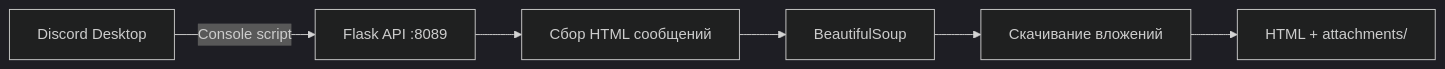
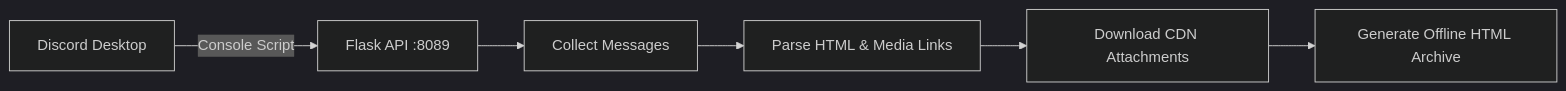
One commit to milkycloud-dev/discord-messages-exporter changed the diagram in README.md. Above: the diagram before and after it, drawn with Mermaid (dark theme). The commit also changed other lines of this file and 1 other file, not shown here.

````diff
--- a/README.md
+++ b/README.md
@@ -84,8 +67,8 @@
 ```mermaid
 flowchart LR
-    A[Discord Desktop] -->|Console script| B[Flask API :8089]
-    B --> C[Сбор HTML сообщений]
-    C --> D[BeautifulSoup]
-    D --> E[Скачивание вложений]
-    E --> F[HTML + attachments/]
+    A[Discord Desktop] -->|Console Script| B[Flask API :8089]
+    B --> C[Collect Messages]
+    C --> D[Parse HTML & Media Links]
+    D --> E[Download CDN Attachments]
+    E --> F[Generate Offline HTML Archive]
 ```
````
